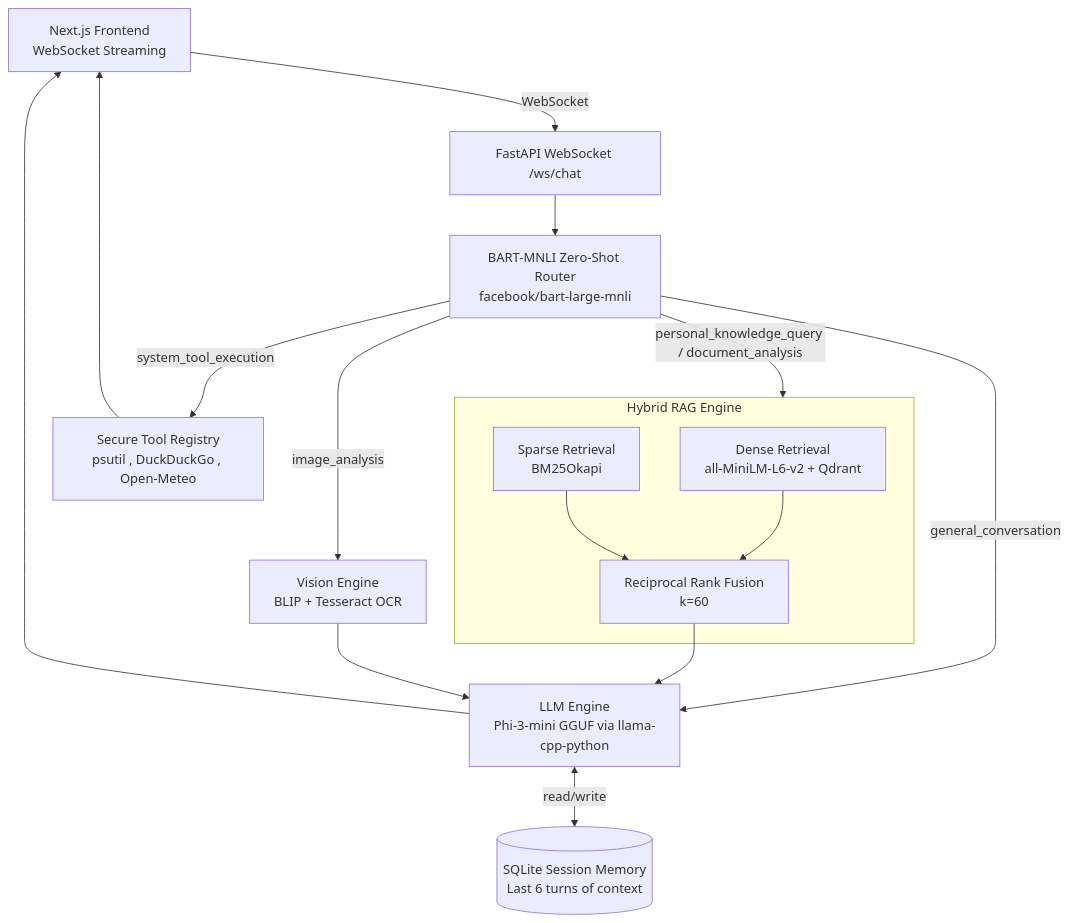
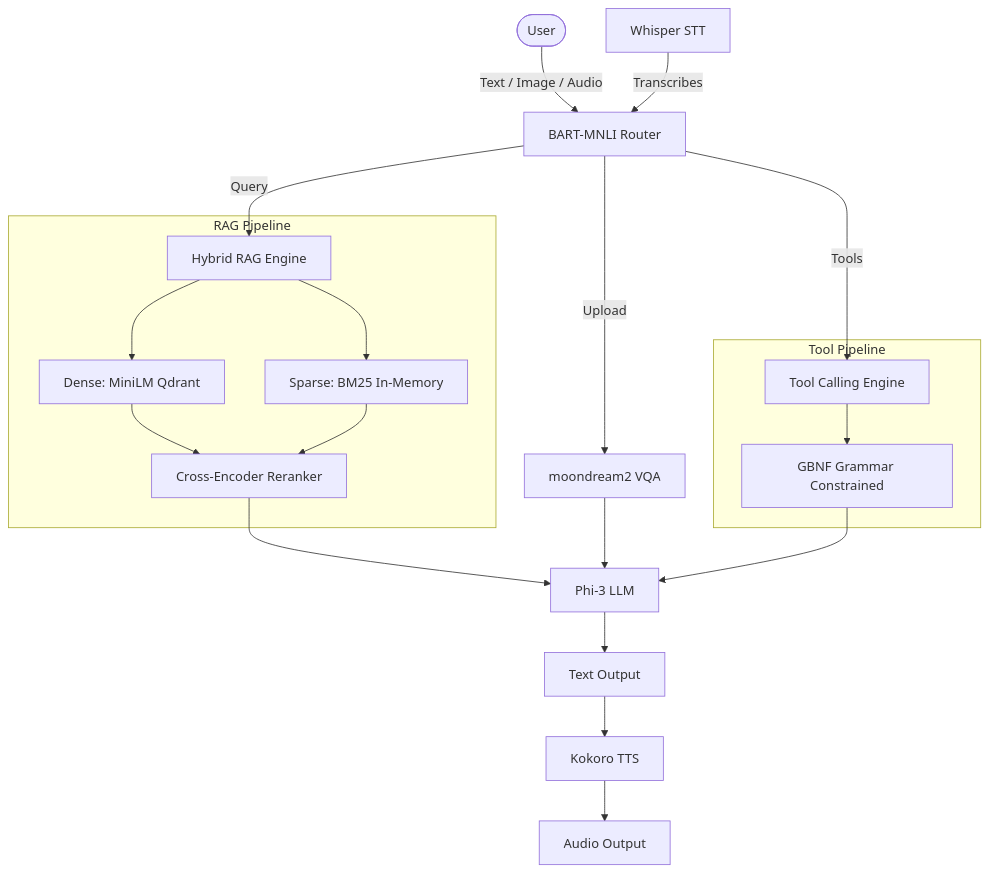
Before and after one commit to Kunal-Somani/axon-core: the diagram in README.md, drawn with Mermaid. The commit also changed other lines of this file, not shown here.

````diff
--- a/README.md
+++ b/README.md
@@ -7,33 +7,33 @@
 ```mermaid
 graph TD
-    UI[Next.js Frontend<br/>WebSocket Streaming]
-    WS[FastAPI WebSocket /ws/chat]
-    ROUTER[BART-MNLI Zero-Shot Router<br/>facebook/bart-large-mnli]
+    User([User]) -->|Text / Image / Audio| Router[BART-MNLI Router]
     
-    UI -->|WebSocket| WS
-    WS --> ROUTER
+    %% Input Routing
+    Router -->|Query| RAG[Hybrid RAG Engine]
+    Router -->|Upload| Vision[moondream2 VQA]
+    Router -->|Tools| Tools[Tool Calling Engine]
     
-    ROUTER -->|personal_knowledge_query / document_analysis| HYBRID
-    ROUTER -->|system_tool_execution| TOOLS
-    ROUTER -->|general_conversation| LLM
-    ROUTER -->|image_analysis| VISION
+    %% Speech Input
+    Whisper[Whisper STT] -->|Transcribes| Router
     
-    subgraph HYBRID [Hybrid RAG Engine]
-        DENSE[Dense Retrieval<br/>all-MiniLM-L6-v2 + Qdrant]
-        SPARSE[Sparse Retrieval<br/>BM25Okapi]
-        RRF[Reciprocal Rank Fusion<br/>k=60]
-        DENSE --> RRF
-        SPARSE --> RRF
+    %% RAG Pipeline
+    subgraph RAG Pipeline
+        RAG --> Dense[Dense: MiniLM Qdrant]
+        RAG --> Sparse[Sparse: BM25 In-Memory]
+        Dense --> Reranker[Cross-Encoder Reranker]
+        Sparse --> Reranker
     end
     
-    VISION[Vision Engine<br/>BLIP + Tesseract OCR]
-    TOOLS[Secure Tool Registry<br/>psutil , DuckDuckGo , Open-Meteo]
-    LLM[LLM Engine<br/>Phi-3-mini GGUF via llama-cpp-python]
-    MEMORY[(SQLite Session Memory<br/>Last 6 turns of context)]
+    %% Tool Pipeline
+    subgraph Tool Pipeline
+        Tools --> GBNF[GBNF Grammar Constrained]
+    end
     
-    RRF --> LLM
-    VISION --> LLM
-    TOOLS --> UI
-    LLM --> UI
-    LLM <-->|read/write| MEMORY
+    %% Output
+    Reranker --> LLM[Phi-3 LLM]
+    Vision --> LLM
+    GBNF --> LLM
+    LLM --> TextOut[Text Output]
+    TextOut --> Kokoro[Kokoro TTS]
+    Kokoro --> AudioOut[Audio Output]
 ```
````
